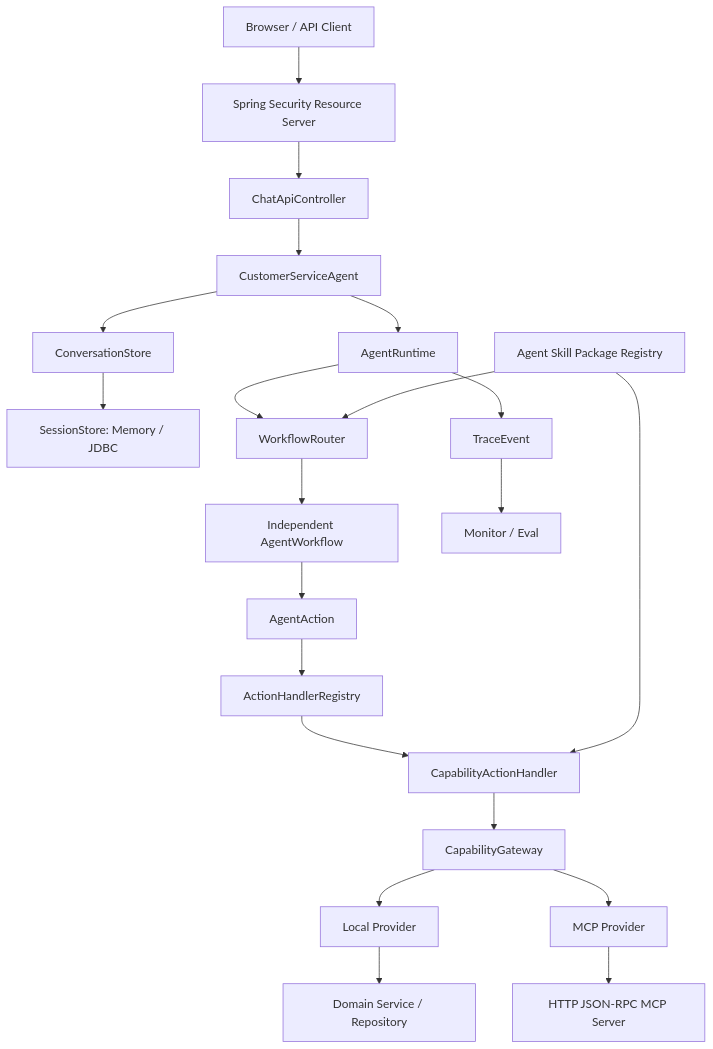
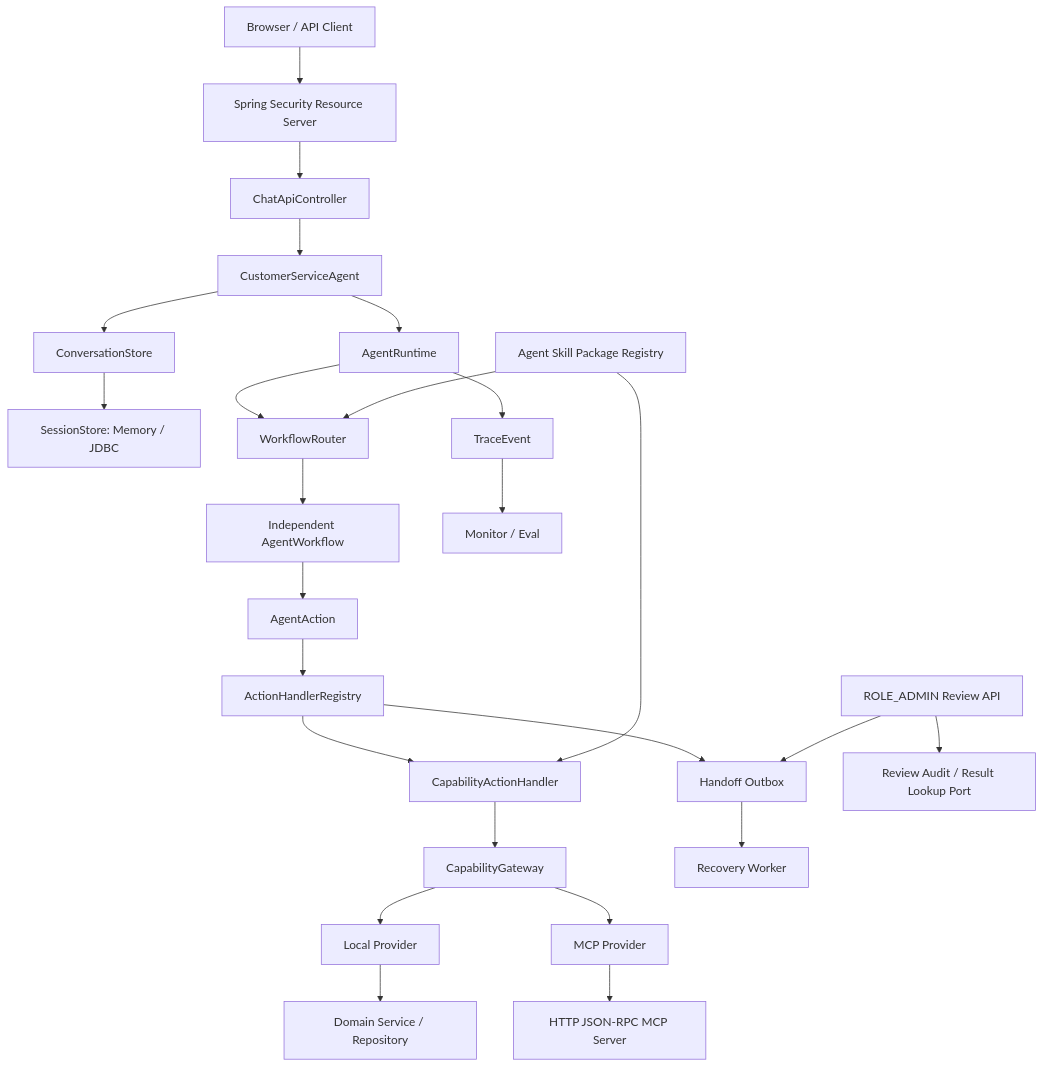
Before and after one commit to Auska-11/csagent: the diagram in docs/客服Agent/客服Agent-52-项目简历与面试完整手册.md, drawn with Mermaid. The commit also changed other lines of this file and 8 other files, not shown here.

Commit message:
docs: close phase 20 architecture acceptance

```diff
--- a/docs/客服Agent/客服Agent-52-项目简历与面试完整手册.md
+++ b/docs/客服Agent/客服Agent-52-项目简历与面试完整手册.md
@@ -138,23 +138,27 @@
 ~~~mermaid
 flowchart TD
     A["Browser / API Client"] --> B["Spring Security Resource Server"]
     B --> C["ChatApiController"]
     C --> D["CustomerServiceAgent"]
     D --> E["ConversationStore"]
     E --> F["SessionStore: Memory / JDBC"]
     D --> G["AgentRuntime"]
     G --> H["WorkflowRouter"]
     H --> I["Independent AgentWorkflow"]
     I --> J["AgentAction"]
     J --> K["ActionHandlerRegistry"]
     K --> L["CapabilityActionHandler"]
     L --> M["CapabilityGateway"]
     M --> N["Local Provider"]
     M --> O["MCP Provider"]
     N --> P["Domain Service / Repository"]
     O --> Q["HTTP JSON-RPC MCP Server"]
+    K --> U["Handoff Outbox"]
+    U --> V["Recovery Worker"]
+    W["ROLE_ADMIN Review API"] --> U
+    W --> X["Review Audit / Result Lookup Port"]
     G --> R["TraceEvent"]
     R --> S["Monitor / Eval"]
     T["Agent Skill Package Registry"] --> H
     T --> L
 ~~~
```
